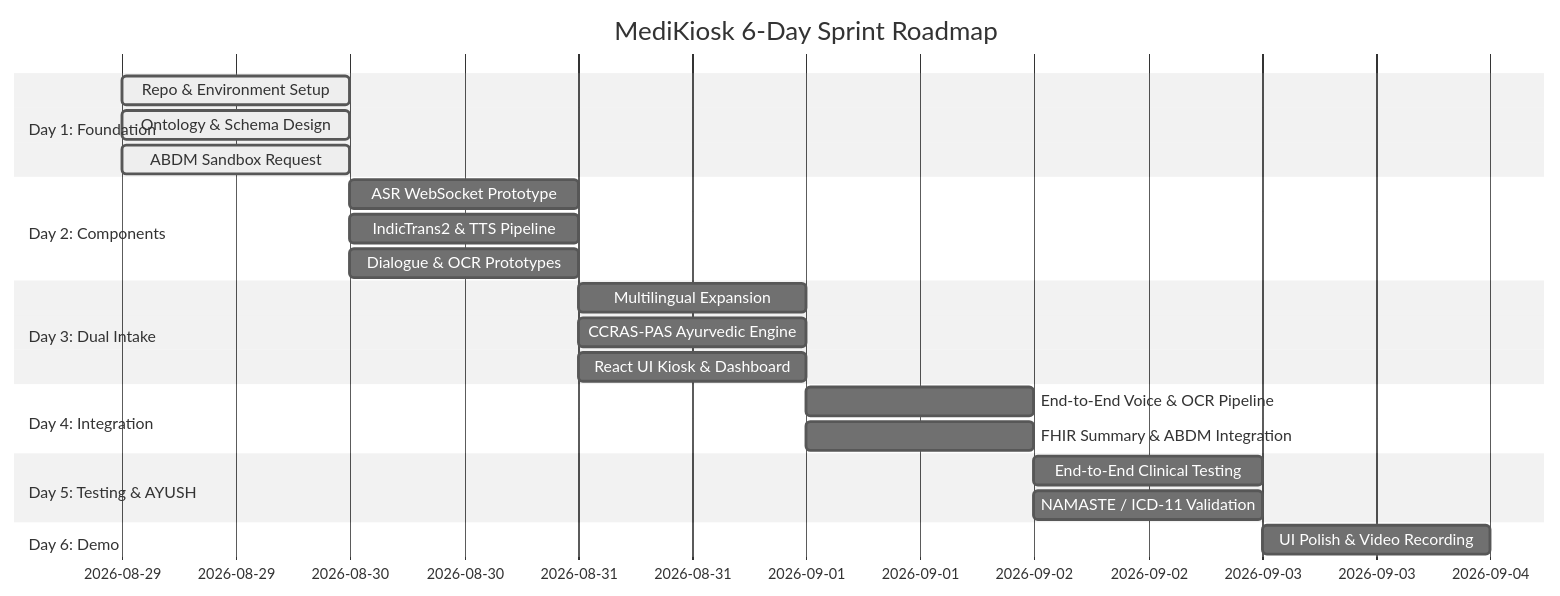
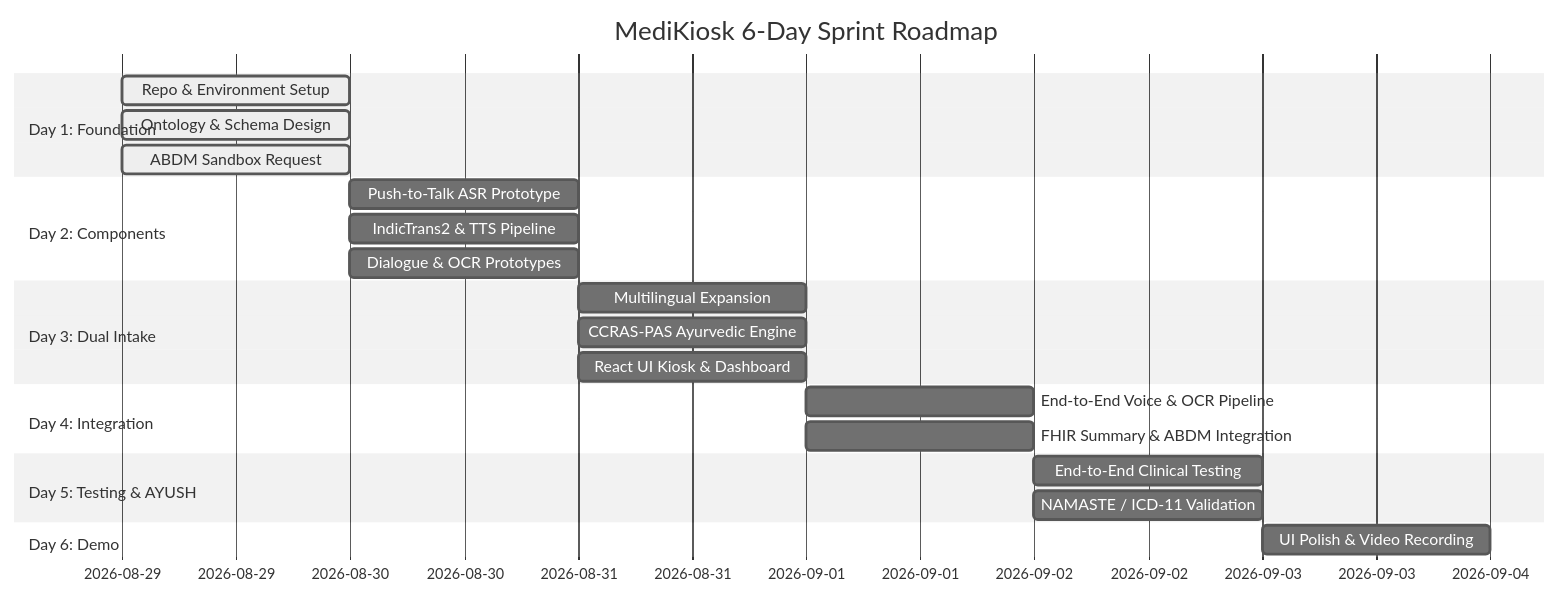
Before and after one commit to rohit-h11/medikiosk-sih-26047: the diagram in ROADMAP.md, drawn with Mermaid (neutral theme). The commit also changed other lines of this file and 3 other files, not shown here.

Commit message:
architecture change to push to talk

````diff
--- a/ROADMAP.md
+++ b/ROADMAP.md
@@ -11,25 +11,25 @@
 ```mermaid
 gantt
     title MediKiosk 6-Day Sprint Roadmap
     dateFormat  YYYY-MM-DD
     section Day 1: Foundation
     Repo & Environment Setup       :active, d1, 2026-08-29, 1d
     Ontology & Schema Design       :active, d1_1, 2026-08-29, 1d
     ABDM Sandbox Request           :active, d1_2, 2026-08-29, 1d
     section Day 2: Components
-    ASR WebSocket Prototype        :d2_1, 2026-08-30, 1d
+    Push-to-Talk ASR Prototype     :d2_1, 2026-08-30, 1d
     IndicTrans2 & TTS Pipeline     :d2_2, 2026-08-30, 1d
     Dialogue & OCR Prototypes      :d2_3, 2026-08-30, 1d
     section Day 3: Dual Intake
     Multilingual Expansion         :d3_1, 2026-08-31, 1d
     CCRAS-PAS Ayurvedic Engine     :d3_2, 2026-08-31, 1d
     React UI Kiosk & Dashboard     :d3_3, 2026-08-31, 1d
     section Day 4: Integration
     End-to-End Voice & OCR Pipeline:d4_1, 2026-09-01, 1d
     FHIR Summary & ABDM Integration:d4_2, 2026-09-01, 1d
     section Day 5: Testing & AYUSH
     End-to-End Clinical Testing   :d5_1, 2026-09-02, 1d
     NAMASTE / ICD-11 Validation    :d5_2, 2026-09-02, 1d
     section Day 6: Demo
     UI Polish & Video Recording    :d6_1, 2026-09-03, 1d
 ```
````
